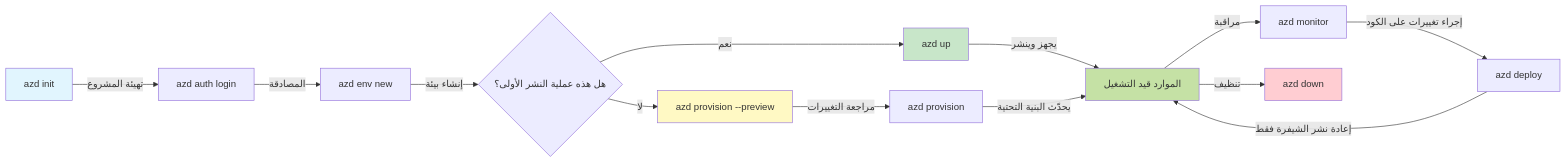
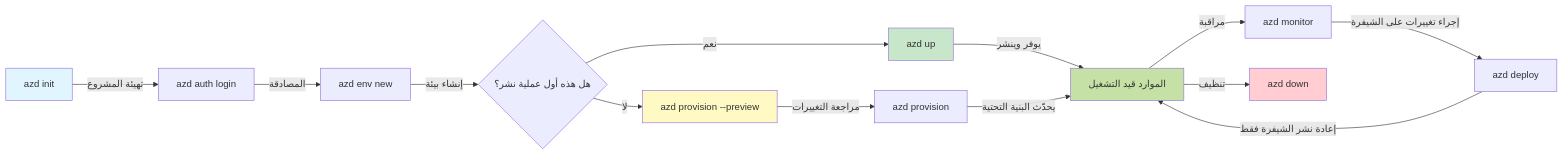
Before and after one commit to microsoft/AZD-for-beginners: the first of 2 diagrams in translations/ar/docs/chapter-01-foundation/azd-basics.md, drawn with Mermaid. The commit also changed other lines of this file and 101 other files, not shown here.

````diff
--- a/translations/ar/docs/chapter-01-foundation/azd-basics.md
+++ b/translations/ar/docs/chapter-01-foundation/azd-basics.md
@@ -269,21 +269,21 @@
 ```mermaid
 graph LR
     A[azd init] -->|تهيئة المشروع| B[azd auth login]
     B -->|المصادقة| C[azd env new]
-    C -->|إنشاء بيئة| D{هل هذه عملية النشر الأولى؟}
+    C -->|إنشاء بيئة| D{هل هذه أول عملية نشر؟}
     D -->|نعم| E[azd up]
     D -->|لا| F[azd provision --preview]
     F -->|مراجعة التغييرات| G[azd provision]
-    E -->|يجهز وينشر| H[الموارد قيد التشغيل]
+    E -->|يوفر وينشر| H[الموارد قيد التشغيل]
     G -->|يحدّث البنية التحتية| H
     H -->|مراقبة| I[azd monitor]
-    I -->|إجراء تغييرات على الكود| J[azd deploy]
+    I -->|إجراء تغييرات على الشيفرة| J[azd deploy]
     J -->|إعادة نشر الشيفرة فقط| H
     H -->|تنظيف| K[azd down]
     
     style A fill:#e1f5fe
     style E fill:#c8e6c9
     style F fill:#fff9c4
     style H fill:#c5e1a5
     style K fill:#ffcdd2
 ```
````
